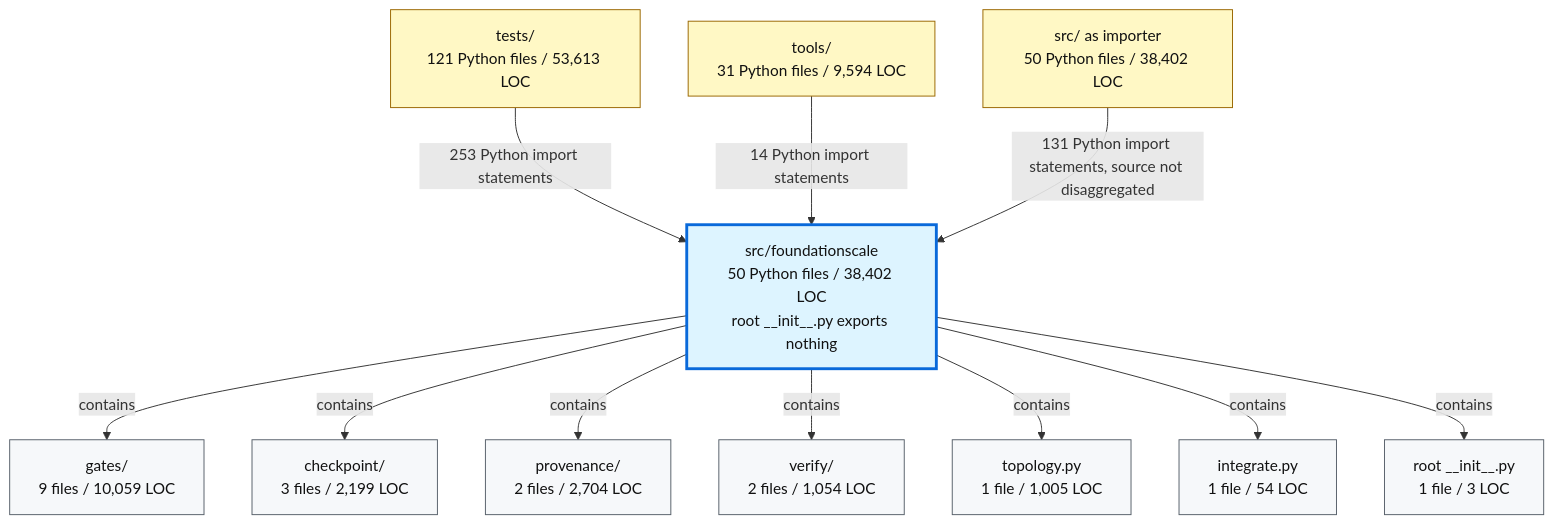
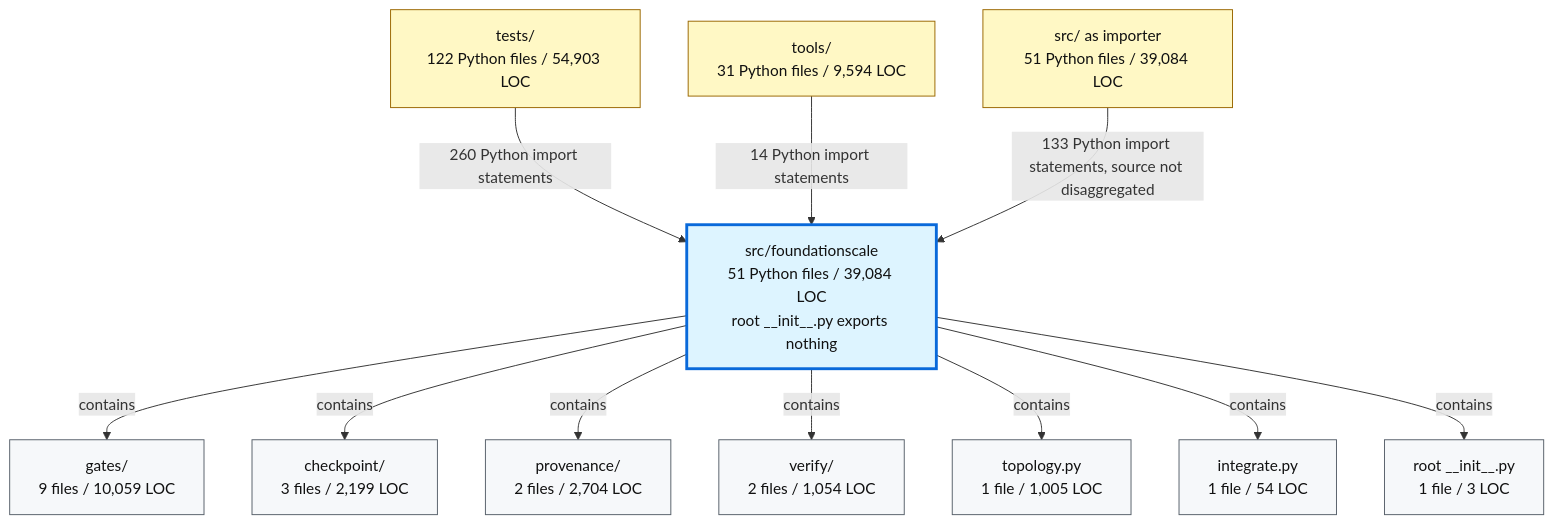
Before and after one commit to TranNhiem/FoundationScale: the second of 2 diagrams in docs/review/D2_current_architecture.md, drawn with Mermaid. The commit also changed other lines of this file and 21 other files, not shown here.

````diff
--- a/docs/review/D2_current_architecture.md
+++ b/docs/review/D2_current_architecture.md
@@ -97,36 +97,36 @@
 ```mermaid
 flowchart TB
-  TESTS["tests/<br/>121 Python files / 53,613 LOC"]
+  TESTS["tests/<br/>122 Python files / 54,903 LOC"]
   TOOLS["tools/<br/>31 Python files / 9,594 LOC"]
-  SRC["src/ as importer<br/>50 Python files / 38,402 LOC"]
+  SRC["src/ as importer<br/>51 Python files / 39,084 LOC"]
 
-  FS["src/foundationscale<br/>50 Python files / 38,402 LOC<br/>root __init__.py exports nothing"]
+  FS["src/foundationscale<br/>51 Python files / 39,084 LOC<br/>root __init__.py exports nothing"]
 
   GATES["gates/<br/>9 files / 10,059 LOC"]
   CKPT["checkpoint/<br/>3 files / 2,199 LOC"]
   PROV["provenance/<br/>2 files / 2,704 LOC"]
   VERIFY["verify/<br/>2 files / 1,054 LOC"]
   TOPO["topology.py<br/>1 file / 1,005 LOC"]
   INTEG["integrate.py<br/>1 file / 54 LOC"]
   ROOT["root __init__.py<br/>1 file / 3 LOC"]
 
-  TESTS -->|"253 Python import statements"| FS
+  TESTS -->|"260 Python import statements"| FS
   TOOLS -->|"14 Python import statements"| FS
-  SRC -->|"131 Python import statements, source not disaggregated"| FS
+  SRC -->|"133 Python import statements, source not disaggregated"| FS
 
   FS -->|"contains"| GATES
   FS -->|"contains"| CKPT
   FS -->|"contains"| PROV
   FS -->|"contains"| VERIFY
   FS -->|"contains"| TOPO
   FS -->|"contains"| INTEG
   FS -->|"contains"| ROOT
 
   classDef consumer fill:#fff8c5,stroke:#9a6700,color:#111;
   classDef package fill:#ddf4ff,stroke:#0969da,stroke-width:3px,color:#111;
   classDef module fill:#f6f8fa,stroke:#57606a,color:#111;
 
   class TESTS,TOOLS,SRC consumer;
   class FS package;
   class GATES,CKPT,PROV,VERIFY,TOPO,INTEG,ROOT module;
 ```
````
